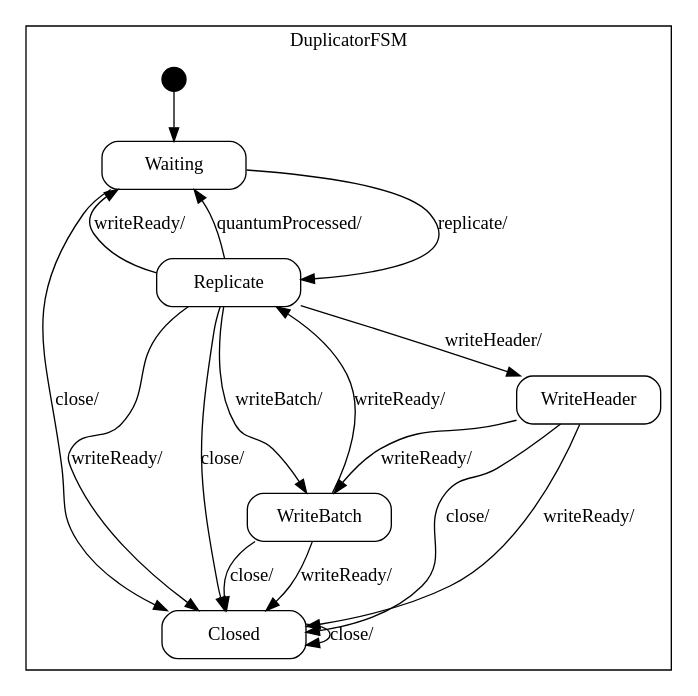
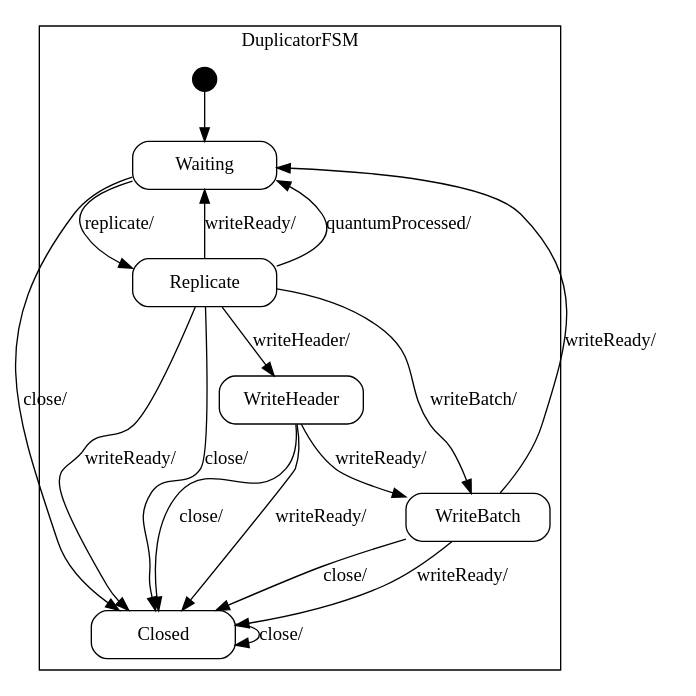
One commit to vmehra-sfdc/Ouroboros changed the diagram in spindle/doc/Duplicator_sm.dot. Above: the diagram before and after it, drawn with Graphviz. The commit also changed 3 other files, not shown here.

```diff
--- a/spindle/doc/Duplicator_sm.dot
+++ b/spindle/doc/Duplicator_sm.dot
@@ -1,84 +1,84 @@
 digraph Duplicator {
 
     node
         [shape=Mrecord width=1.5];
 
     subgraph cluster_DuplicatorFSM {
 
         label="DuplicatorFSM";
 
         //
         // States (Nodes)
         //
 
         "DuplicatorFSM::Waiting"
             [label="{Waiting}"];
 
         "DuplicatorFSM::Replicate"
             [label="{Replicate}"];
 
         "DuplicatorFSM::WriteHeader"
             [label="{WriteHeader}"];
 
         "DuplicatorFSM::WriteBatch"
             [label="{WriteBatch}"];
 
         "DuplicatorFSM::Closed"
             [label="{Closed}"];
 
         "%start"
             [label="" shape=circle style=filled fillcolor=black width=0.25];
 
         //
         // Transitions (Edges)
         //
 
         "DuplicatorFSM::Waiting" -> "DuplicatorFSM::Replicate"
             [label="replicate/\l"];
 
         "DuplicatorFSM::Waiting" -> "DuplicatorFSM::Closed"
             [label="close/\l"];
 
         "DuplicatorFSM::Replicate" -> "DuplicatorFSM::Closed"
             [label="writeReady/\l"];
 
         "DuplicatorFSM::Replicate" -> "DuplicatorFSM::Waiting"
             [label="writeReady/\l"];
 
         "DuplicatorFSM::Replicate" -> "DuplicatorFSM::WriteHeader"
             [label="writeHeader/\l"];
 
         "DuplicatorFSM::Replicate" -> "DuplicatorFSM::WriteBatch"
             [label="writeBatch/\l"];
 
         "DuplicatorFSM::Replicate" -> "DuplicatorFSM::Waiting"
             [label="quantumProcessed/\l"];
 
         "DuplicatorFSM::Replicate" -> "DuplicatorFSM::Closed"
             [label="close/\l"];
 
         "DuplicatorFSM::WriteHeader" -> "DuplicatorFSM::Closed"
             [label="writeReady/\l"];
 
         "DuplicatorFSM::WriteHeader" -> "DuplicatorFSM::WriteBatch"
             [label="writeReady/\l"];
 
         "DuplicatorFSM::WriteHeader" -> "DuplicatorFSM::Closed"
             [label="close/\l"];
 
         "DuplicatorFSM::WriteBatch" -> "DuplicatorFSM::Closed"
             [label="writeReady/\l"];
 
-        "DuplicatorFSM::WriteBatch" -> "DuplicatorFSM::Replicate"
+        "DuplicatorFSM::WriteBatch" -> "DuplicatorFSM::Waiting"
             [label="writeReady/\l"];
 
         "DuplicatorFSM::WriteBatch" -> "DuplicatorFSM::Closed"
             [label="close/\l"];
 
         "DuplicatorFSM::Closed" -> "DuplicatorFSM::Closed"
             [label="close/\l"];
 
         "%start" -> "DuplicatorFSM::Waiting"
     }
 
 }
```
